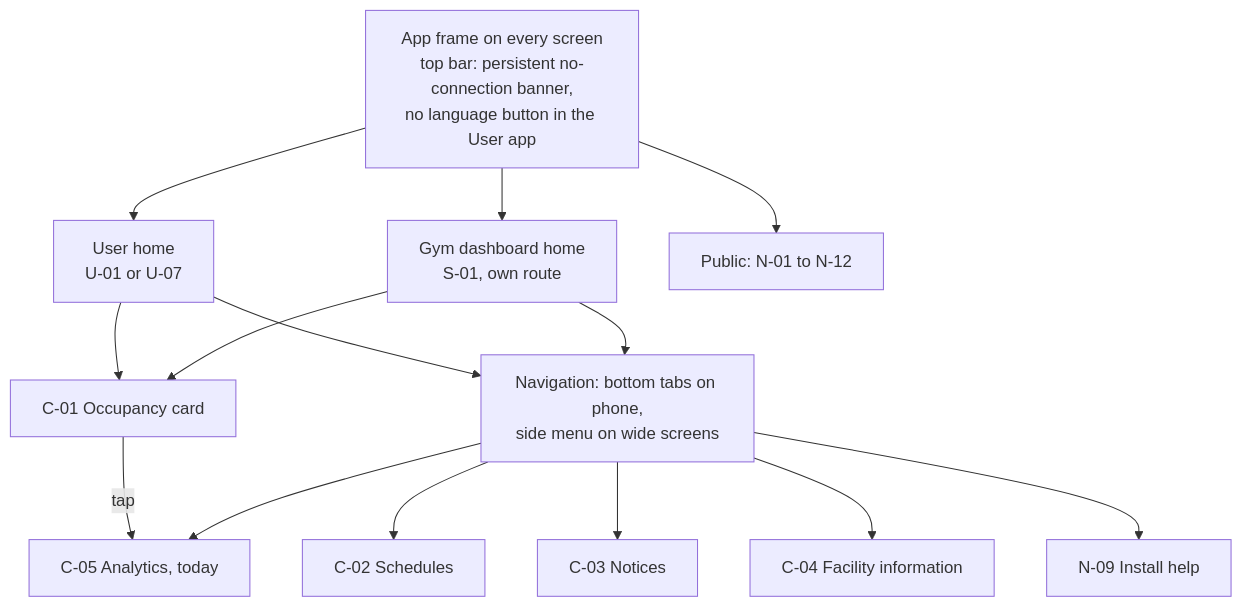
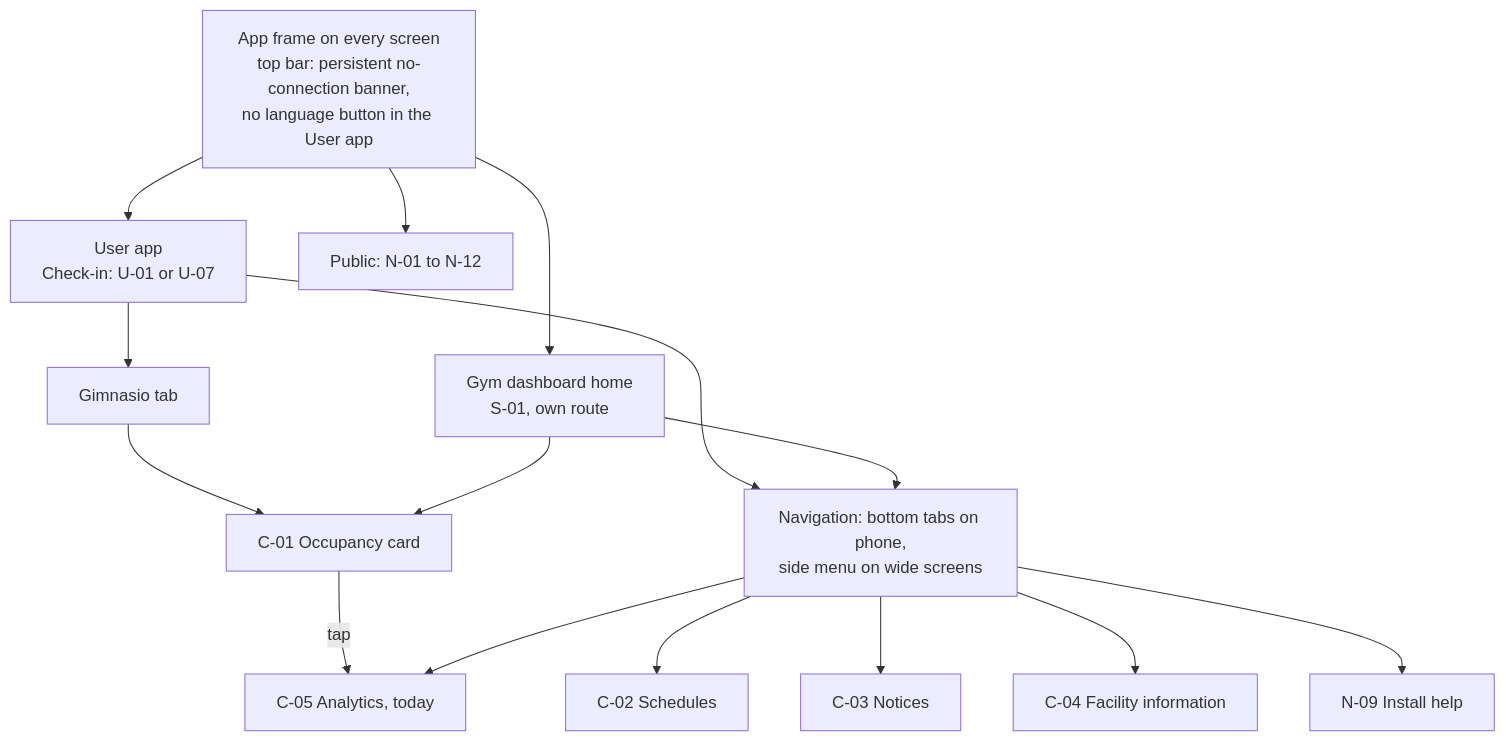
Before and after one commit to Th3-Minorities/natatorio-gym-app: the sixth of 7 diagrams in docs/design/screen-map.md, drawn with Mermaid. The commit also changed other lines of this file, not shown here.

````diff
--- a/docs/design/screen-map.md
+++ b/docs/design/screen-map.md
@@ -182,17 +184,18 @@
 ```mermaid
 flowchart TD
   FRAME["App frame on every screen<br/>top bar: persistent no-connection banner,<br/>no language button in the User app"]
-  FRAME --> HU["User home<br/>U-01 or U-07"]
+  FRAME --> HU["User app<br/>Check-in: U-01 or U-07"]
   FRAME --> HS["Gym dashboard home<br/>S-01, own route"]
   FRAME --> HP["Public: N-01 to N-12"]
-  HU --> C01["C-01 Occupancy card"]
+  HU --> GYM["Gimnasio tab"]
+  GYM --> C01["C-01 Occupancy card"]
   HS --> C01
   C01 -->|"tap"| C05["C-05 Analytics, today"]
   HU --> NAV["Navigation: bottom tabs on phone,<br/>side menu on wide screens"]
   HS --> NAV
   NAV --> C02["C-02 Schedules"]
   NAV --> C03["C-03 Notices"]
   NAV --> C04["C-04 Facility information"]
   NAV --> C05
   NAV --> N09["N-09 Install help"]
 ```
````
